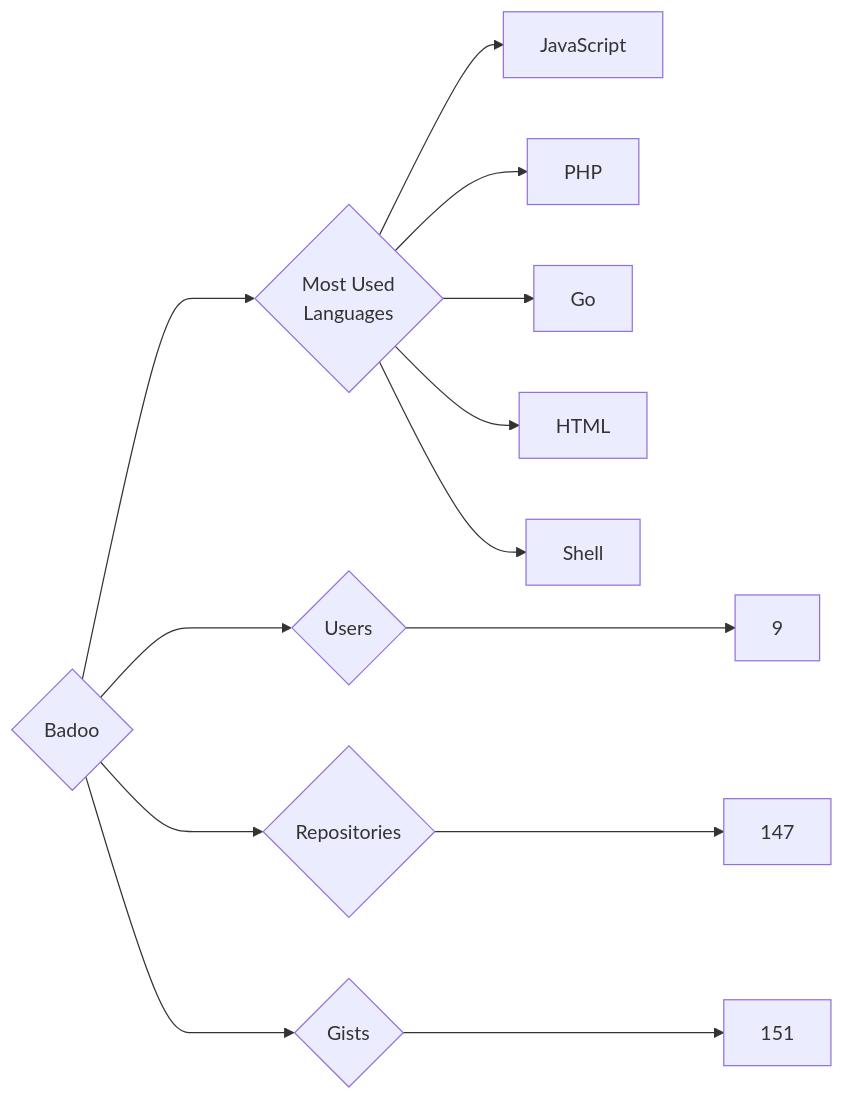
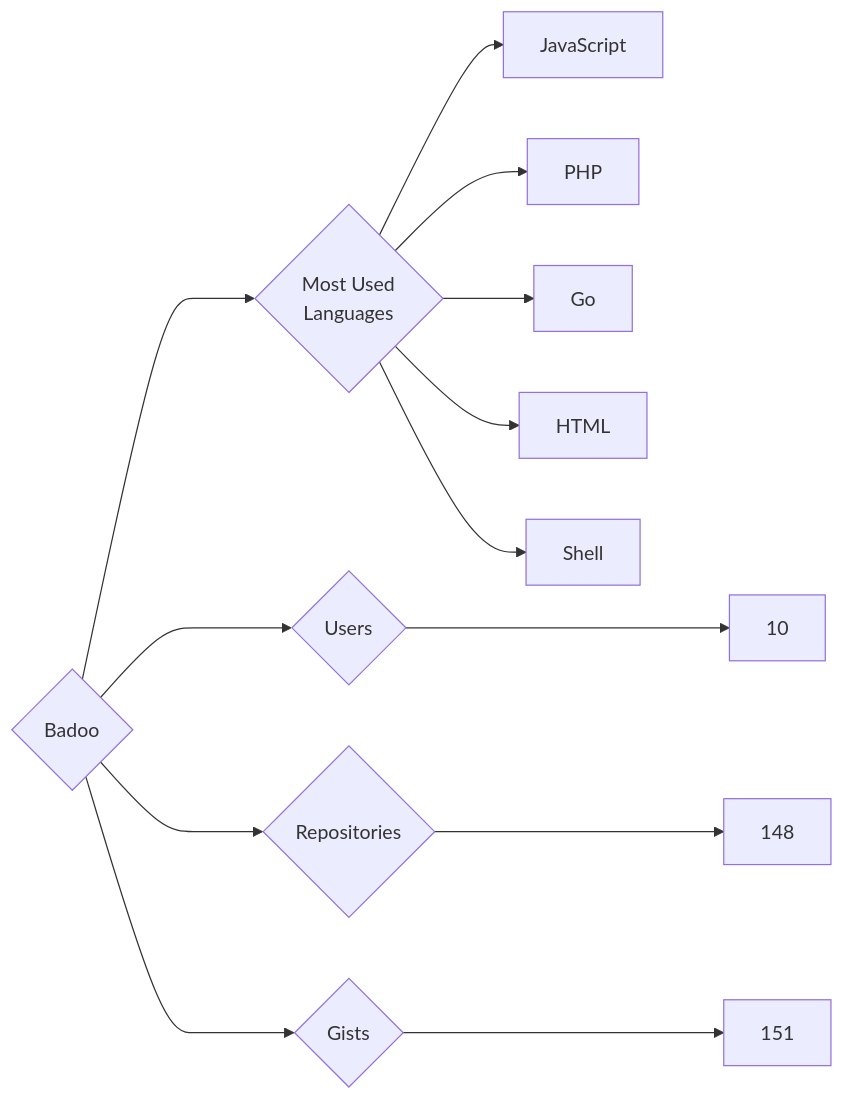
The diagram in targets/Badoo/README.md (trickest/insiders), drawn with Mermaid before and after one commit. The commit also changed 657 other files, not shown here.

````diff
--- a/targets/Badoo/README.md
+++ b/targets/Badoo/README.md
@@ -3,13 +3,13 @@
 ```mermaid
 graph LR
 COMPANY_NAME{Badoo}
-COMPANY_NAME ---> U{Users} ---> UN[9]
-COMPANY_NAME ---> R{Repositories} ---> RN[147]
+COMPANY_NAME ---> U{Users} ---> UN[10]
+COMPANY_NAME ---> R{Repositories} ---> RN[148]
 COMPANY_NAME ---> G{Gists} ---> GN[151]
 COMPANY_NAME ---> ML{Most Used<br>Languages}
 ML --> JavaScript[JavaScript]
 ML --> PHP[PHP]
 ML --> Go[Go]
 ML --> HTML[HTML]
 ML --> Shell[Shell]
 ```
````
